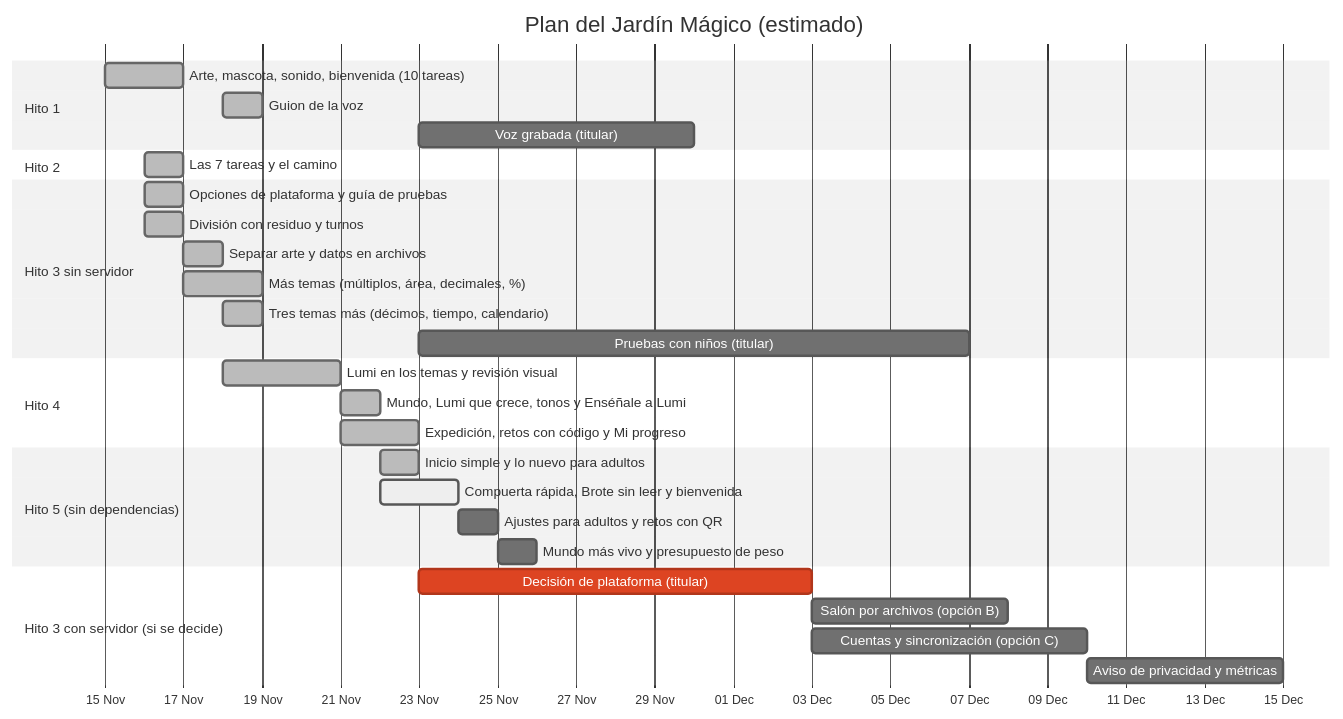
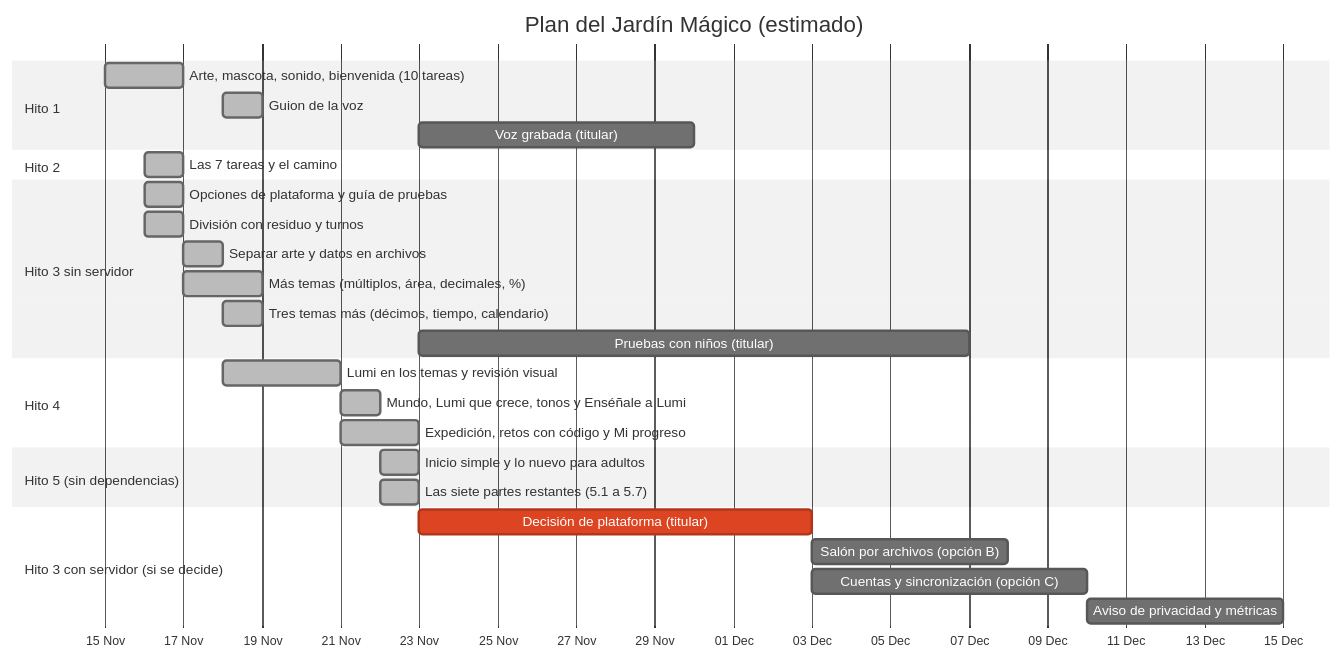
Before and after one commit to dleon55/jardin-magico-multiplicaciones: the first of 2 diagrams in docs/PLAN.md, drawn with Mermaid (neutral theme). The commit also changed other lines of this file and 17 other files, not shown here.

First line of the commit message:
Presupuesto de peso: tope a lo que se descarga, medida de carga y limpieza (Hito 5.7) (#144)

````diff
--- a/docs/PLAN.md
+++ b/docs/PLAN.md
@@ -156,33 +155,31 @@
 ```mermaid
 gantt
     title Plan del Jardín Mágico (estimado)
     dateFormat  YYYY-MM-DD
     axisFormat  %d %b
     section Hito 1
     Arte, mascota, sonido, bienvenida (10 tareas)  :done,    h1, 2026-11-15, 2d
     Guion de la voz                                :done,    h1g, 2026-11-18, 1d
     Voz grabada (titular)                          :         h1v, 2026-11-23, 7d
     section Hito 2
     Las 7 tareas y el camino                       :done,    h2, 2026-11-16, 1d
     section Hito 3 sin servidor
     Opciones de plataforma y guía de pruebas       :done,    h3a, 2026-11-16, 1d
     División con residuo y turnos                  :done,    h3b, 2026-11-16, 1d
     Separar arte y datos en archivos               :done,    h3s, 2026-11-17, 1d
     Más temas (múltiplos, área, decimales, %)      :done,    h3t, 2026-11-17, 2d
     Tres temas más (décimos, tiempo, calendario)   :done,    h3u, 2026-11-18, 1d
     Pruebas con niños (titular)                    :         h3n, 2026-11-23, 14d
     section Hito 4
     Lumi en los temas y revisión visual            :done,    h4a, 2026-11-18, 3d
     Mundo, Lumi que crece, tonos y Enséñale a Lumi :done,    h4b, 2026-11-21, 1d
     Expedición, retos con código y Mi progreso     :done,    h4c, 2026-11-21, 2d
     section Hito 5 (sin dependencias)
     Inicio simple y lo nuevo para adultos          :done,    h5a, 2026-11-22, 1d
-    Compuerta rápida, Brote sin leer y bienvenida  :active,  h5b, 2026-11-22, 2d
-    Ajustes para adultos y retos con QR            :         h5c, after h5b, 1d
-    Mundo más vivo y presupuesto de peso           :         h5d, after h5c, 1d
+    Las siete partes restantes (5.1 a 5.7)         :done,    h5b, 2026-11-22, 1d
     section Hito 3 con servidor (si se decide)
     Decisión de plataforma (titular)               :crit,    h3d, 2026-11-23, 10d
     Salón por archivos (opción B)                  :         h3b2, after h3d, 5d
     Cuentas y sincronización (opción C)            :         h3e, after h3d, 7d
     Aviso de privacidad y métricas                 :         h3g, after h3e, 5d
 ```
````
